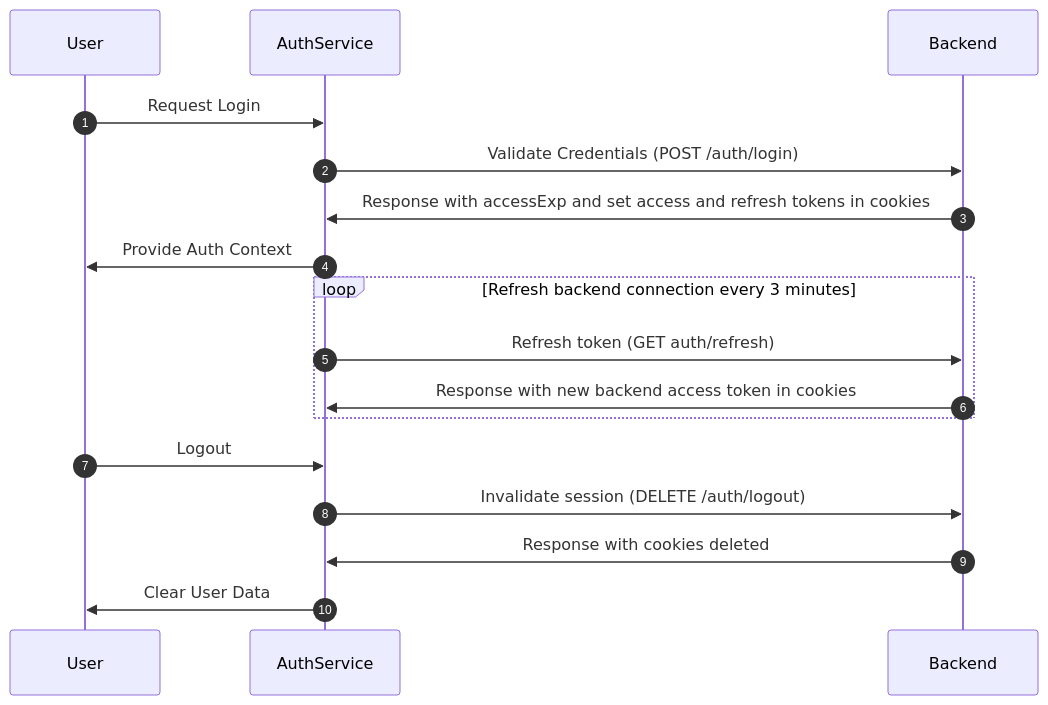
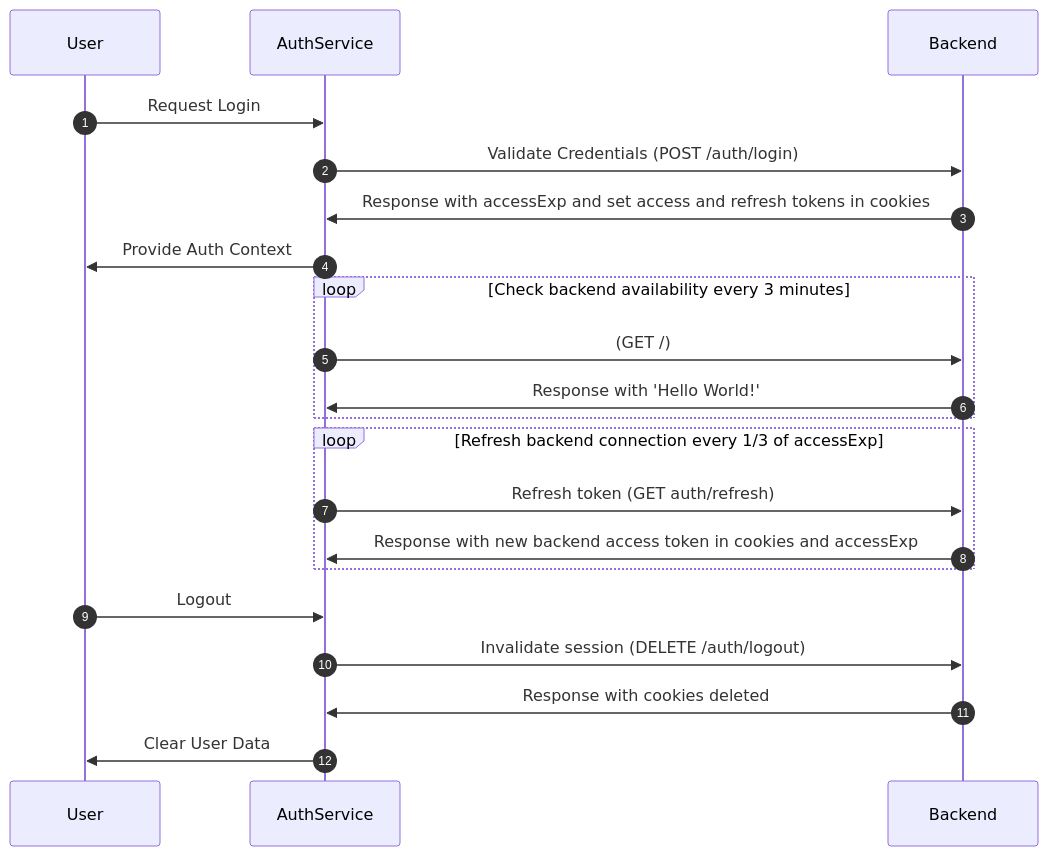
Before and after one commit to yaptide/ui: the second of 2 diagrams in docs/authentication.md, drawn with Mermaid. The commit also changed other lines of this file, not shown here.

First line of the commit message:
Auth docs update (#1807)

````diff
--- a/docs/authentication.md
+++ b/docs/authentication.md
@@ -55,20 +151,24 @@
 ```mermaid
 sequenceDiagram
     autonumber
     participant User
     participant AuthService
     participant Backend
 
     User ->> AuthService: Request Login
     AuthService ->> Backend: Validate Credentials (POST /auth/login)
     Backend ->> AuthService: Response with accessExp and set access and refresh tokens in cookies
     AuthService ->> User: Provide Auth Context
-    loop Refresh backend connection every 3 minutes
+    loop Check backend availability every 3 minutes
+        AuthService ->> Backend: (GET /)
+        Backend ->> AuthService: Response with 'Hello World!'
+    end
+    loop Refresh backend connection every 1/3 of accessExp
         AuthService ->> Backend: Refresh token (GET auth/refresh)
-        Backend ->> AuthService: Response with new backend access token in cookies
+        Backend ->> AuthService: Response with new backend access token in cookies and accessExp
     end
     User ->> AuthService: Logout
     AuthService ->> Backend: Invalidate session (DELETE /auth/logout)
     Backend ->> AuthService: Response with cookies deleted
     AuthService ->> User: Clear User Data
 ```
````
